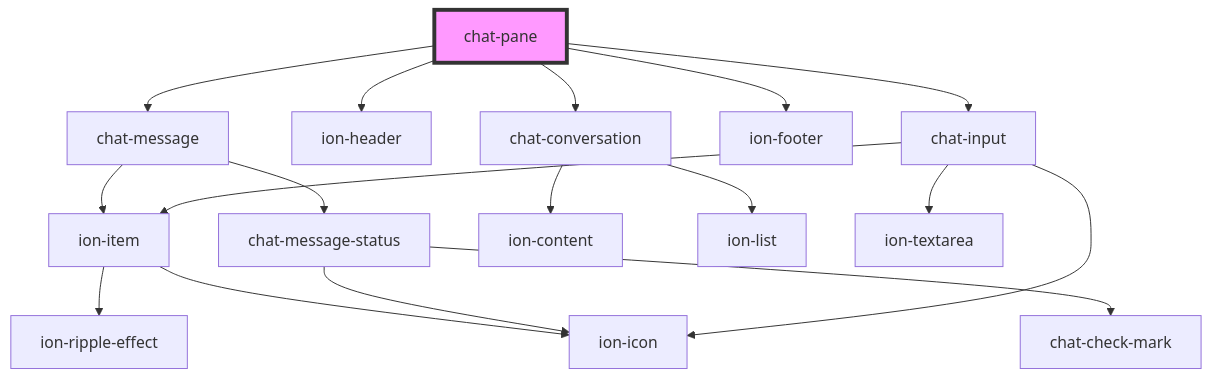
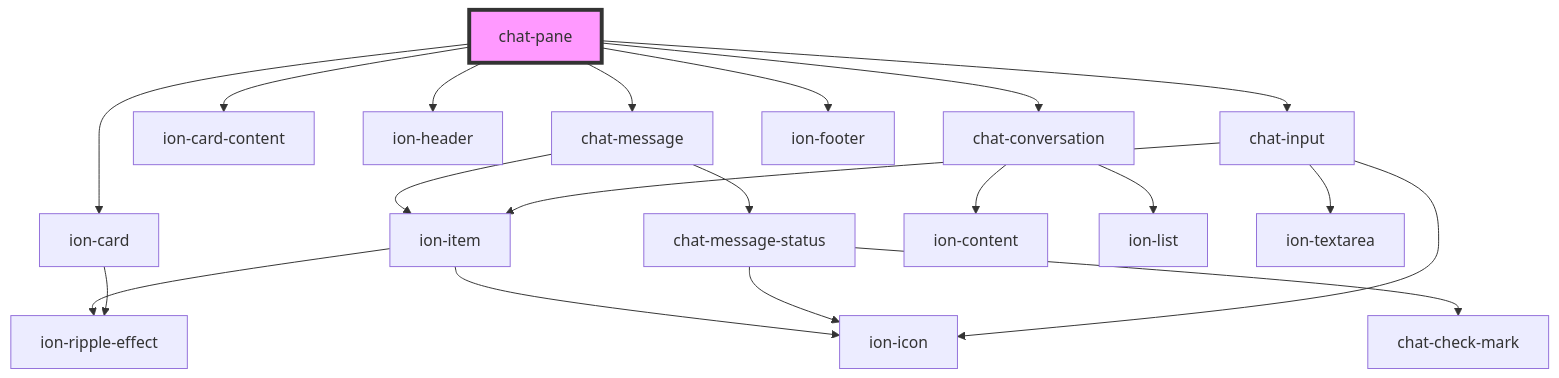
One commit to keyvan-m-sadeghi/assister changed the diagram in packages/chat/src/components/pane/readme.md. Above: the diagram before and after it, drawn with Mermaid. The commit also changed other lines of this file and 21 other files, not shown here.

````diff
--- a/packages/chat/src/components/pane/readme.md
+++ b/packages/chat/src/components/pane/readme.md
@@ -57,20 +69,23 @@
 ```mermaid
 graph TD;
   chat-pane --> chat-message
+  chat-pane --> ion-card
+  chat-pane --> ion-card-content
   chat-pane --> ion-header
   chat-pane --> chat-conversation
   chat-pane --> ion-footer
   chat-pane --> chat-input
   chat-message --> ion-item
   chat-message --> chat-message-status
   ion-item --> ion-icon
   ion-item --> ion-ripple-effect
   chat-message-status --> ion-icon
   chat-message-status --> chat-check-mark
+  ion-card --> ion-ripple-effect
   chat-conversation --> ion-content
   chat-conversation --> ion-list
   chat-input --> ion-icon
   chat-input --> ion-item
   chat-input --> ion-textarea
   style chat-pane fill:#f9f,stroke:#333,stroke-width:4px
 ```
````
